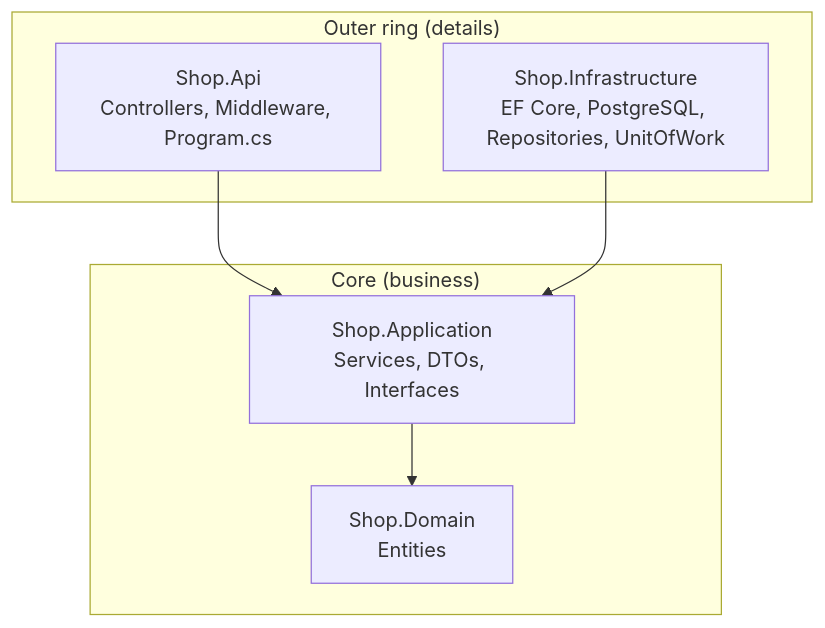
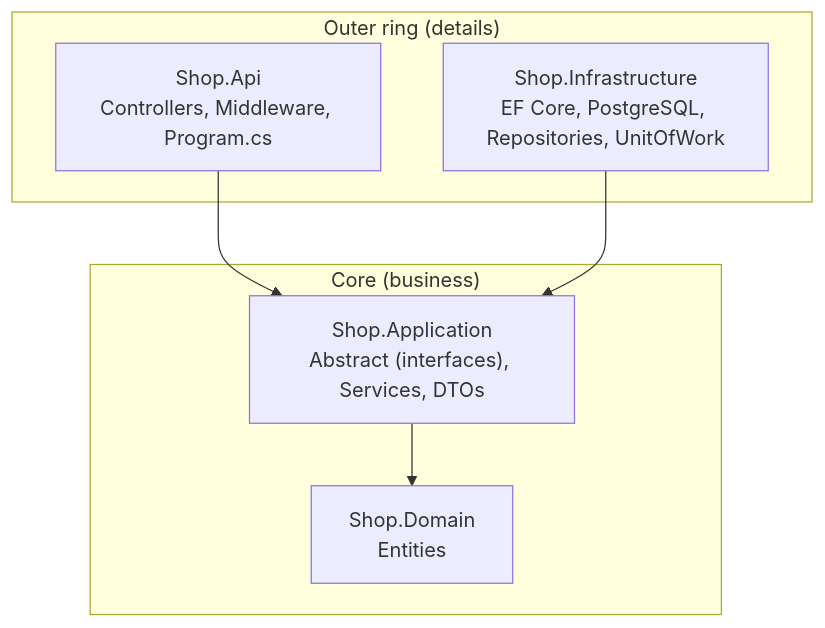
One commit to wesamkhateeb98-creator/clean-architecture-uow-repository changed the first of 4 diagrams in docs/03-clean-architecture.md. Above: the diagram before and after it, drawn with Mermaid. The commit also changed other lines of this file and 19 other files, not shown here.

Commit message:
refactor: split Application interfaces into Abstract/Repositories and Abstract/Services

````diff
--- a/docs/03-clean-architecture.md
+++ b/docs/03-clean-architecture.md
@@ -7,14 +7,14 @@
 ```mermaid
 flowchart TB
     subgraph Outer["Outer ring (details)"]
         Api["Shop.Api<br/>Controllers, Middleware, Program.cs"]
         Infra["Shop.Infrastructure<br/>EF Core, PostgreSQL, Repositories, UnitOfWork"]
     end
     subgraph Core["Core (business)"]
-        App["Shop.Application<br/>Services, DTOs, Interfaces"]
+        App["Shop.Application<br/>Abstract (interfaces), Services, DTOs"]
         Dom["Shop.Domain<br/>Entities"]
     end
     Api --> App
     Infra --> App
     App --> Dom
 ```
````
